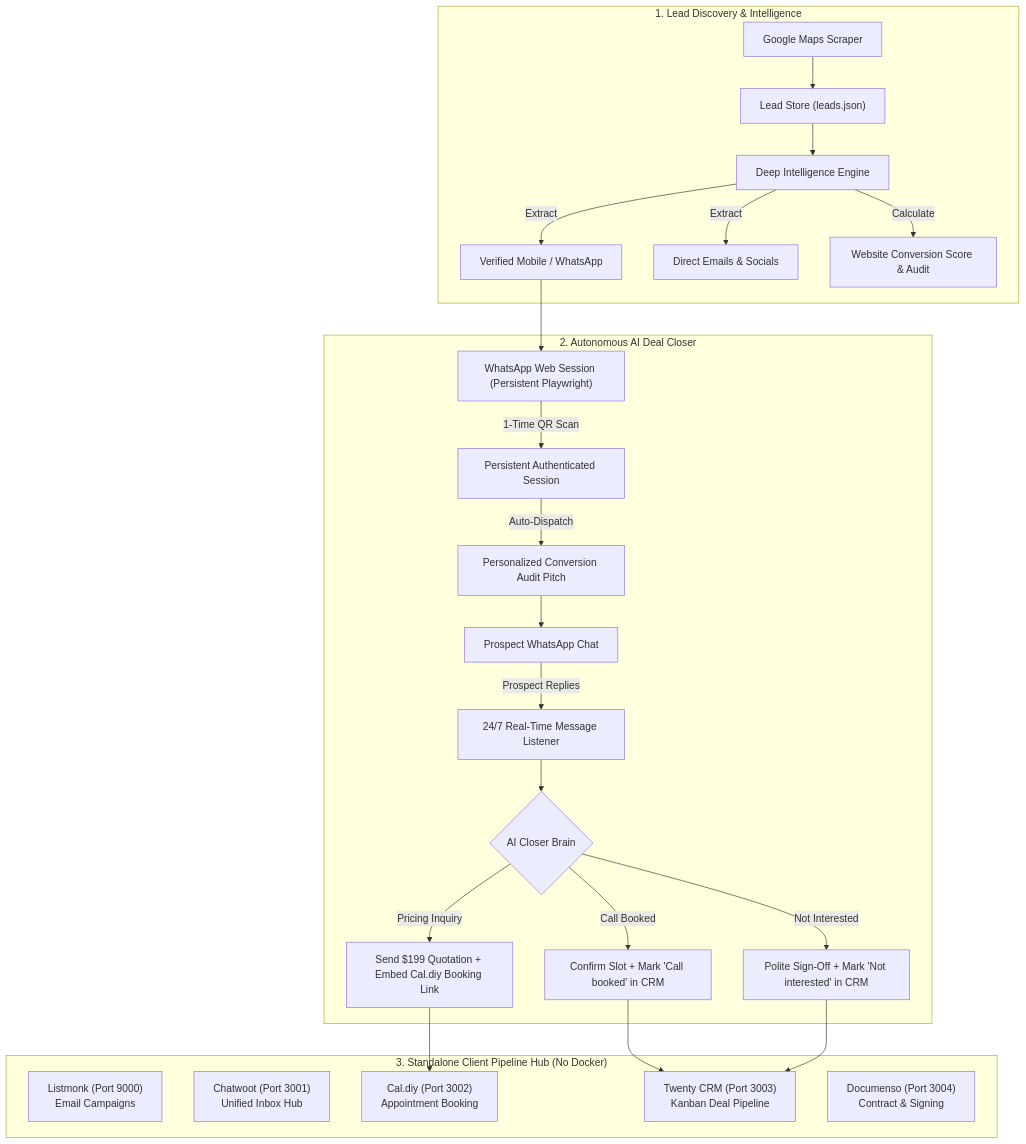
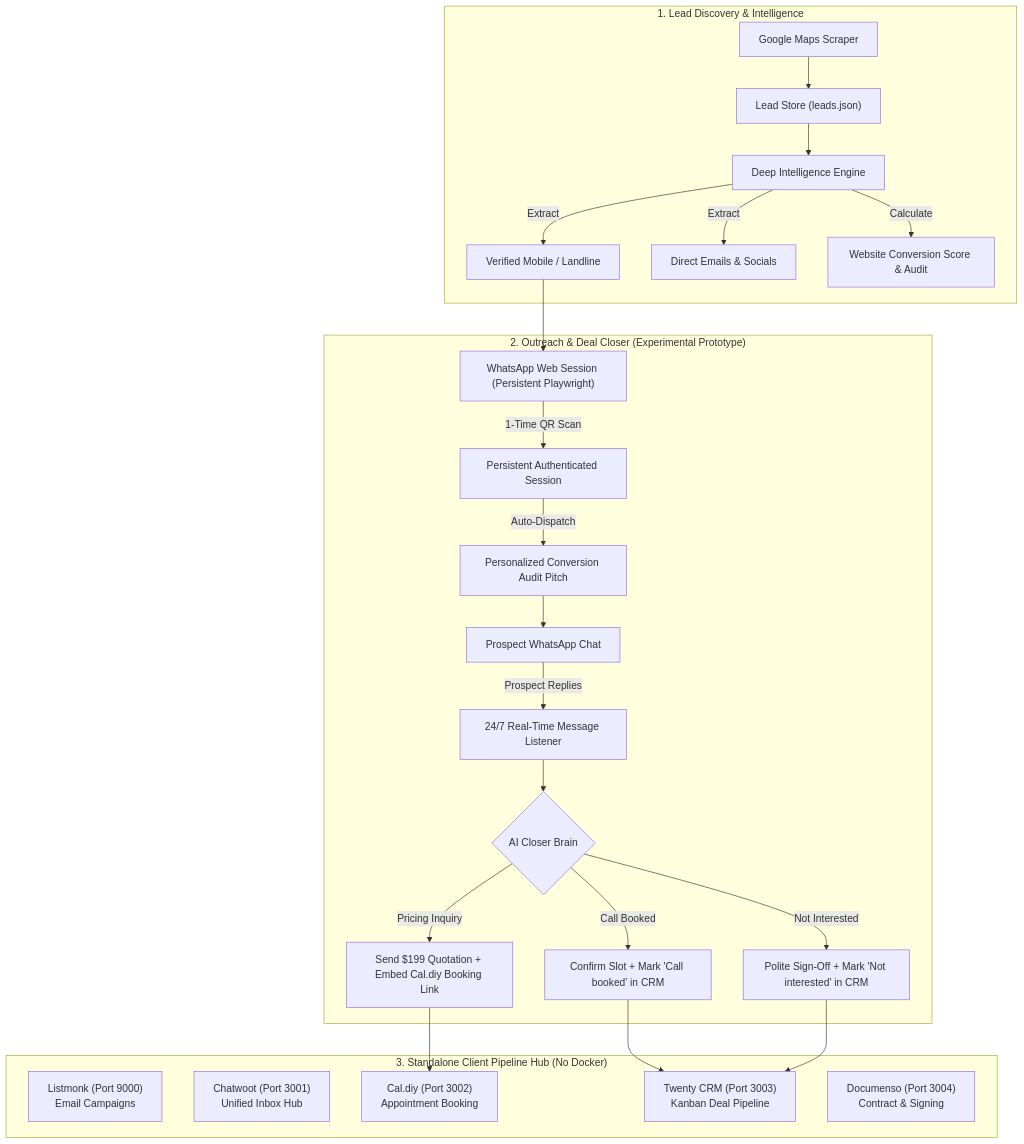
Before and after one commit to Tcode-Motion/leadforge: the diagram in README.md, drawn with Mermaid. The commit also changed other lines of this file and 5 other files, not shown here.

````diff
--- a/README.md
+++ b/README.md
@@ -32,34 +51,34 @@
 ```mermaid
 flowchart TD
     subgraph Discovery ["1. Lead Discovery & Intelligence"]
         A["Google Maps Scraper"] --> B["Lead Store (leads.json)"]
         B --> C["Deep Intelligence Engine"]
-        C -->|Extract| C1["Verified Mobile / WhatsApp"]
+        C -->|Extract| C1["Verified Mobile / Landline"]
         C -->|Extract| C2["Direct Emails & Socials"]
         C -->|Calculate| C3["Website Conversion Score & Audit"]
     end
 
-    subgraph Closer ["2. Autonomous AI Deal Closer"]
+    subgraph Closer ["2. Outreach & Deal Closer (Experimental Prototype)"]
         C1 --> D["WhatsApp Web Session (Persistent Playwright)"]
         D -->|1-Time QR Scan| E["Persistent Authenticated Session"]
         E -->|Auto-Dispatch| F["Personalized Conversion Audit Pitch"]
         F --> G["Prospect WhatsApp Chat"]
         G -->|Prospect Replies| H["24/7 Real-Time Message Listener"]
         H --> I{"AI Closer Brain"}
         I -->|"Pricing Inquiry"| J["Send $199 Quotation + Embed Cal.diy Booking Link"]
         I -->|"Not Interested"| K["Polite Sign-Off + Mark 'Not interested' in CRM"]
         I -->|"Call Booked"| L["Confirm Slot + Mark 'Call booked' in CRM"]
     end
 
     subgraph Hub ["3. Standalone Client Pipeline Hub (No Docker)"]
         M["Listmonk (Port 9000)<br/>Email Campaigns"]
         N["Chatwoot (Port 3001)<br/>Unified Inbox Hub"]
         O["Cal.diy (Port 3002)<br/>Appointment Booking"]
         P["Twenty CRM (Port 3003)<br/>Kanban Deal Pipeline"]
         Q["Documenso (Port 3004)<br/>Contract & Signing"]
     end
 
     J --> O
     L --> P
     K --> P
 ```
````
